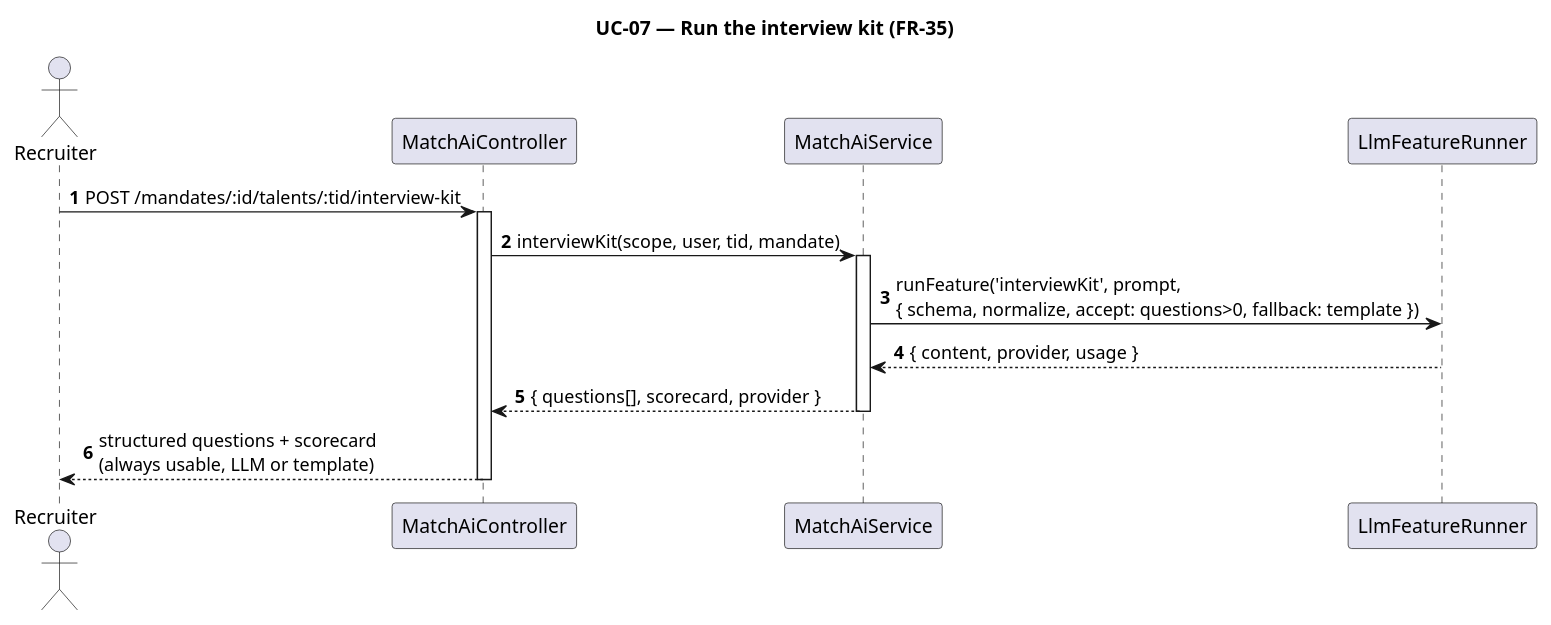
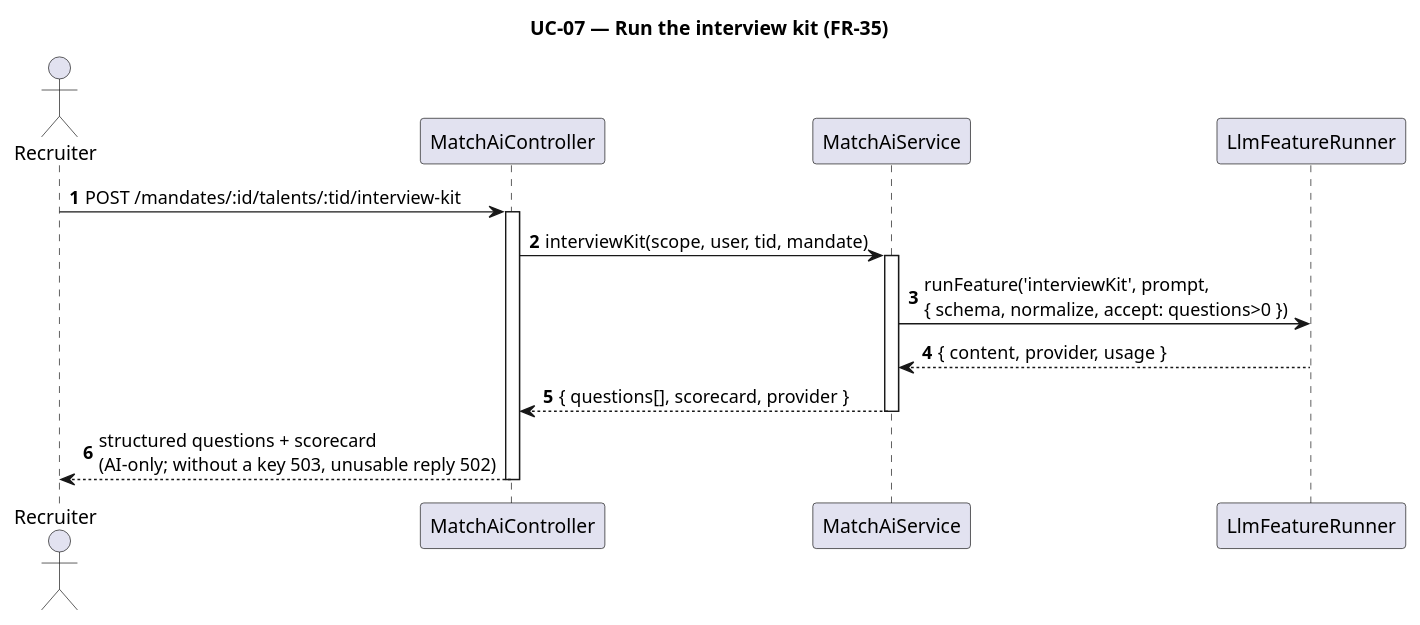
One commit to NexusHero/Resume changed the diagram in docs/umls/usecases/uc07_interview_kit.puml. Above: the diagram before and after it, drawn with PlantUML. The commit also changed 175 other files, not shown here.

```diff
--- a/docs/umls/usecases/uc07_interview_kit.puml
+++ b/docs/umls/usecases/uc07_interview_kit.puml
@@ -1,21 +1,21 @@
 @startuml uc07_interview_kit
 title UC-07 — Run the interview kit (FR-35)
 
 skinparam shadowing false
 autonumber
 actor Recruiter
 participant MatchAiController as Ctrl
 participant MatchAiService as Svc
 participant LlmFeatureRunner as Runner
 
 Recruiter -> Ctrl : POST /mandates/:id/talents/:tid/interview-kit
 activate Ctrl
 Ctrl -> Svc : interviewKit(scope, user, tid, mandate)
 activate Svc
-Svc -> Runner : runFeature('interviewKit', prompt,\n{ schema, normalize, accept: questions>0, fallback: template })
+Svc -> Runner : runFeature('interviewKit', prompt,\n{ schema, normalize, accept: questions>0 })
 Runner --> Svc : { content, provider, usage }
 Svc --> Ctrl : { questions[], scorecard, provider }
 deactivate Svc
-Ctrl --> Recruiter : structured questions + scorecard\n(always usable, LLM or template)
+Ctrl --> Recruiter : structured questions + scorecard\n(AI-only; without a key 503, unusable reply 502)
 deactivate Ctrl
 @enduml
```
